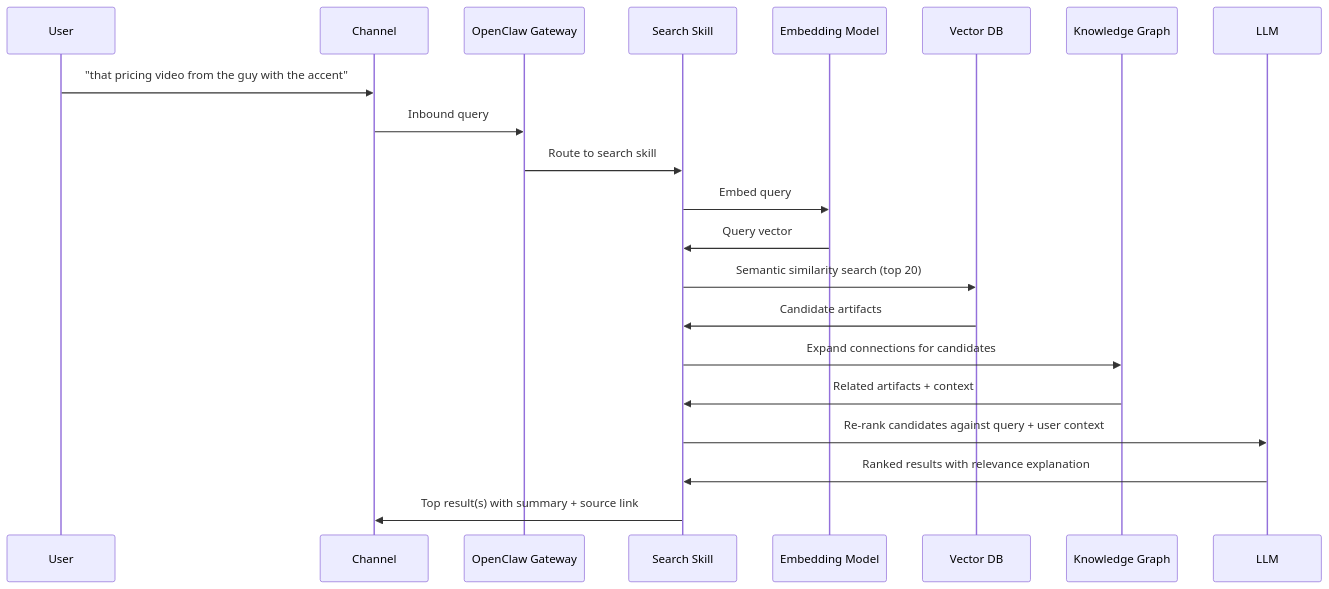
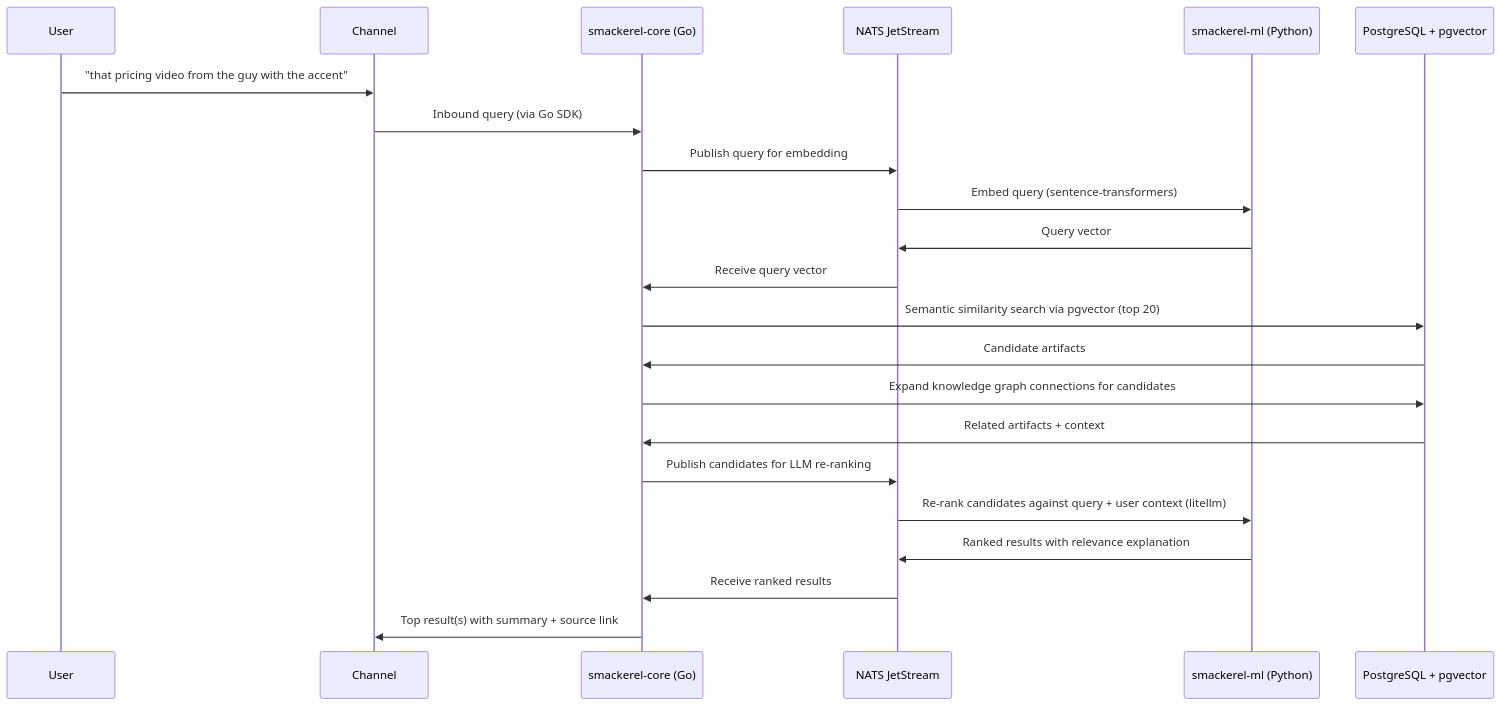
Before and after one commit to pkirsanov/smackerel: the fifth of 14 diagrams in docs/smackerel.md, drawn with Mermaid. The commit also changed other lines of this file and 1 other file, not shown here.

First line of the commit message:
Add competitive analysis, connector ecosystem, and Go+pgvector tech stack to design doc

````diff
--- a/docs/smackerel.md
+++ b/docs/smackerel.md
@@ -366,24 +363,25 @@
 ```mermaid
 sequenceDiagram
     participant U as User
     participant CH as Channel
-    participant GW as OpenClaw Gateway
-    participant SEARCH as Search Skill
-    participant EMBED as Embedding Model
-    participant VECTOR as Vector DB
-    participant GRAPH as Knowledge Graph
-    participant LLM as LLM
+    participant CORE as smackerel-core (Go)
+    participant NATS as NATS JetStream
+    participant ML as smackerel-ml (Python)
+    participant PG as PostgreSQL + pgvector
 
     U->>CH: "that pricing video from the guy with the accent"
-    CH->>GW: Inbound query
-    GW->>SEARCH: Route to search skill
-    SEARCH->>EMBED: Embed query
-    EMBED->>SEARCH: Query vector
-    SEARCH->>VECTOR: Semantic similarity search (top 20)
-    VECTOR->>SEARCH: Candidate artifacts
-    SEARCH->>GRAPH: Expand connections for candidates
-    GRAPH->>SEARCH: Related artifacts + context
-    SEARCH->>LLM: Re-rank candidates against query + user context
-    LLM->>SEARCH: Ranked results with relevance explanation
-    SEARCH->>CH: Top result(s) with summary + source link
+    CH->>CORE: Inbound query (via Go SDK)
+    CORE->>NATS: Publish query for embedding
+    NATS->>ML: Embed query (sentence-transformers)
+    ML->>NATS: Query vector
+    NATS->>CORE: Receive query vector
+    CORE->>PG: Semantic similarity search via pgvector (top 20)
+    PG->>CORE: Candidate artifacts
+    CORE->>PG: Expand knowledge graph connections for candidates
+    PG->>CORE: Related artifacts + context
+    CORE->>NATS: Publish candidates for LLM re-ranking
+    NATS->>ML: Re-rank candidates against query + user context (litellm)
+    ML->>NATS: Ranked results with relevance explanation
+    NATS->>CORE: Receive ranked results
+    CORE->>CH: Top result(s) with summary + source link
 ```
````
